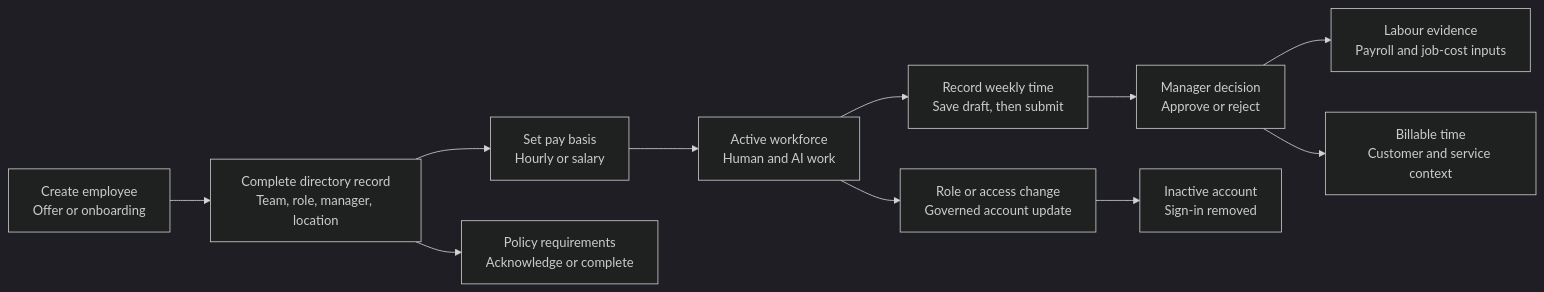
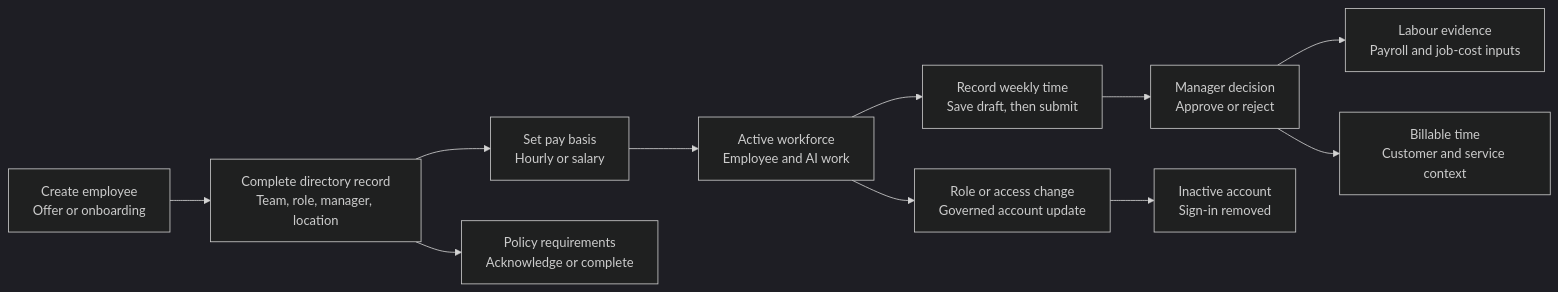
The diagram in docs/user-guide/hr/index.md (OpenDigitalProductFactory/opendigitalproductfactory), drawn with Mermaid (dark theme) before and after one commit. The commit also changed other lines of this file and 4 other files, not shown here.

````diff
--- a/docs/user-guide/hr/index.md
+++ b/docs/user-guide/hr/index.md
@@ -23,13 +23,13 @@
 ```mermaid
 flowchart LR
     A["Create employee<br/>Offer or onboarding"] --> B["Complete directory record<br/>Team, role, manager, location"]
     B --> C["Set pay basis<br/>Hourly or salary"]
-    C --> D["Active workforce<br/>Human and AI work"]
+    C --> D["Active workforce<br/>Employee and AI work"]
     D --> E["Record weekly time<br/>Save draft, then submit"]
     E --> F["Manager decision<br/>Approve or reject"]
     F --> G["Labour evidence<br/>Payroll and job-cost inputs"]
     F --> H["Billable time<br/>Customer and service context"]
     B --> I["Policy requirements<br/>Acknowledge or complete"]
     D --> J["Role or access change<br/>Governed account update"]
     J --> K["Inactive account<br/>Sign-in removed"]
 ```
````
